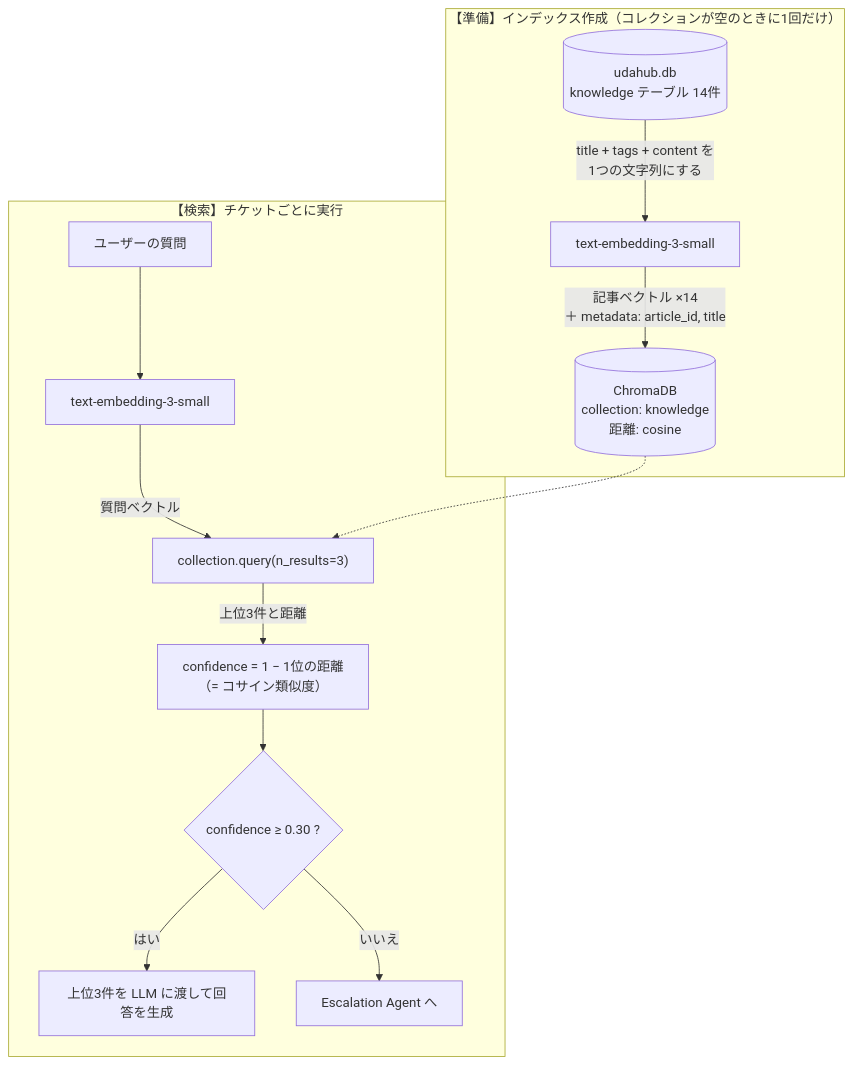
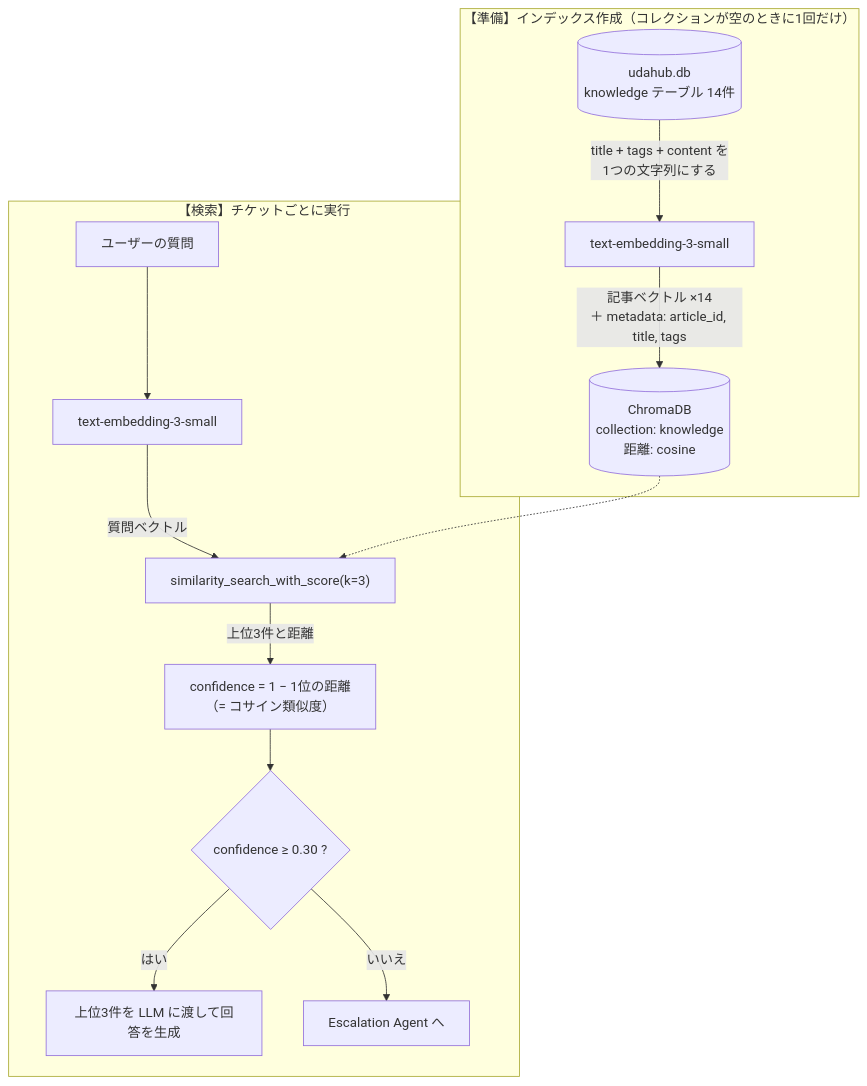
The second of 3 diagrams in solution/agentic/design/architecture.md (kayfuku/project3-uda-hub-agent), drawn with Mermaid before and after one commit. The commit also changed other lines of this file and 3 other files, not shown here.

````diff
--- a/solution/agentic/design/architecture.md
+++ b/solution/agentic/design/architecture.md
@@ -141,17 +169,17 @@
 ```mermaid
 flowchart TD
     subgraph INDEX["【準備】インデックス作成（コレクションが空のときに1回だけ）"]
         KB[(udahub.db<br/>knowledge テーブル 14件)] -->|"title + tags + content を<br/>1つの文字列にする"| EMB1[text-embedding-3-small]
-        EMB1 -->|"記事ベクトル ×14<br/>＋ metadata: article_id, title"| CHROMA[(ChromaDB<br/>collection: knowledge<br/>距離: cosine)]
+        EMB1 -->|"記事ベクトル ×14<br/>＋ metadata: article_id, title, tags"| CHROMA[(ChromaDB<br/>collection: knowledge<br/>距離: cosine)]
     end
 
     subgraph SEARCH["【検索】チケットごとに実行"]
         Q[ユーザーの質問] --> EMB2[text-embedding-3-small]
-        EMB2 -->|質問ベクトル| QUERY["collection.query(n_results=3)"]
+        EMB2 -->|質問ベクトル| QUERY["similarity_search_with_score(k=3)"]
         CHROMA -.-> QUERY
         QUERY -->|"上位3件と距離"| SCORE["confidence = 1 − 1位の距離<br/>（= コサイン類似度）"]
         SCORE --> TH{confidence ≥ 0.30 ?}
         TH -->|はい| ANS[上位3件を LLM に渡して回答を生成]
         TH -->|いいえ| ESC[Escalation Agent へ]
     end
 ```
````
